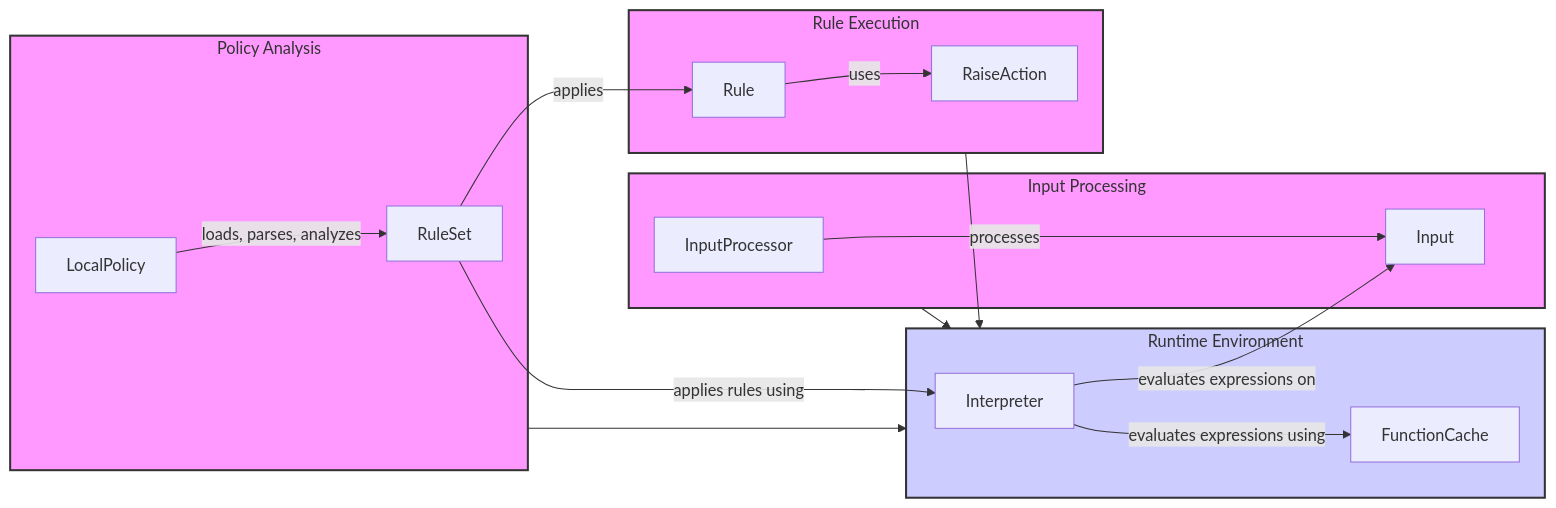
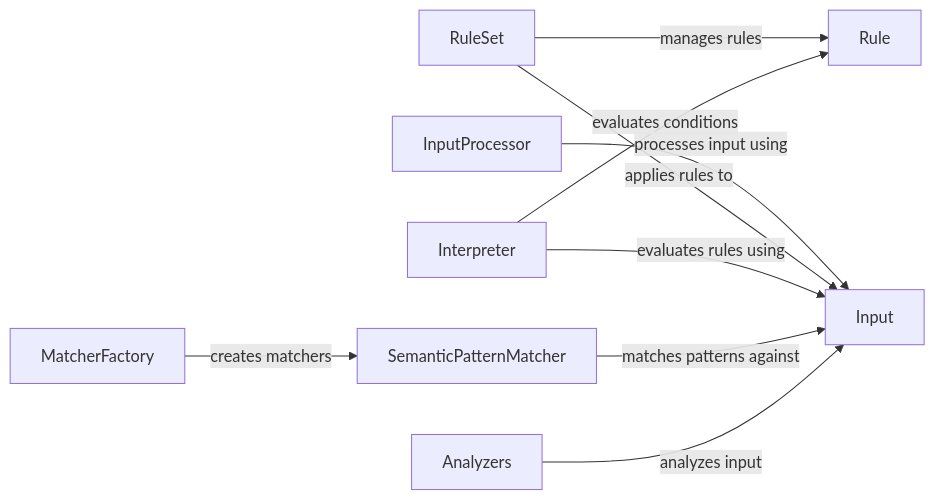
One commit to CodeBoarding/GeneratedOnBoardings changed the diagram in invariant/Runtime Environment.md. Above: the diagram before and after it, drawn with Mermaid. The commit also changed other lines of this file and 10 other files, not shown here.

````diff
--- a/invariant/Runtime Environment.md
+++ b/invariant/Runtime Environment.md
@@ -5,30 +1,19 @@
 ```mermaid
-flowchart LR
-    subgraph PolicyAnalysis [Policy Analysis]
-        LocalPolicy -- loads, parses, analyzes --> RuleSet
-    end
-
-    subgraph InputProcessing [Input Processing]
-        InputProcessor -- processes --> Input
-    end
-
-    subgraph RuntimeEnvironment [Runtime Environment]
-        RuleSet -- applies rules using --> Interpreter
-        Interpreter -- evaluates expressions using --> FunctionCache
-        Interpreter -- evaluates expressions on --> Input
-    end
-
-    subgraph RuleExecution [Rule Execution]
-        RuleSet -- applies --> Rule
-        Rule -- uses --> RaiseAction
-    end
-
-    PolicyAnalysis --> RuntimeEnvironment
-    InputProcessing --> RuntimeEnvironment
-    RuleExecution --> RuntimeEnvironment
-
-    style PolicyAnalysis fill:#f9f,stroke:#333,stroke-width:2px
-    style InputProcessing fill:#f9f,stroke:#333,stroke-width:2px
-    style RuntimeEnvironment fill:#ccf,stroke:#333,stroke-width:2px
-    style RuleExecution fill:#f9f,stroke:#333,stroke-width:2px
+graph LR
+    InputProcessor["InputProcessor"]
+    Input["Input"]
+    RuleSet["RuleSet"]
+    Rule["Rule"]
+    Interpreter["Interpreter"]
+    SemanticPatternMatcher["SemanticPatternMatcher"]
+    MatcherFactory["MatcherFactory"]
+    Analyzers["Analyzers"]
+    InputProcessor -- "processes input using" --> Input
+    RuleSet -- "applies rules to" --> Input
+    RuleSet -- "manages rules" --> Rule
+    Interpreter -- "evaluates conditions" --> Rule
+    Interpreter -- "evaluates rules using" --> Input
+    SemanticPatternMatcher -- "matches patterns against" --> Input
+    MatcherFactory -- "creates matchers" --> SemanticPatternMatcher
+    Analyzers -- "analyzes input" --> Input
 ```
````
